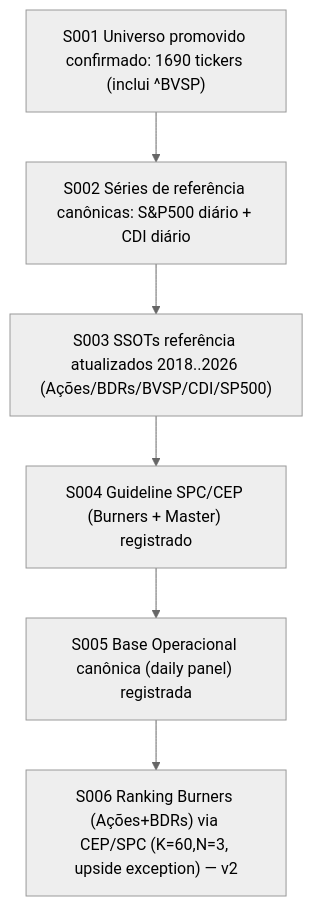
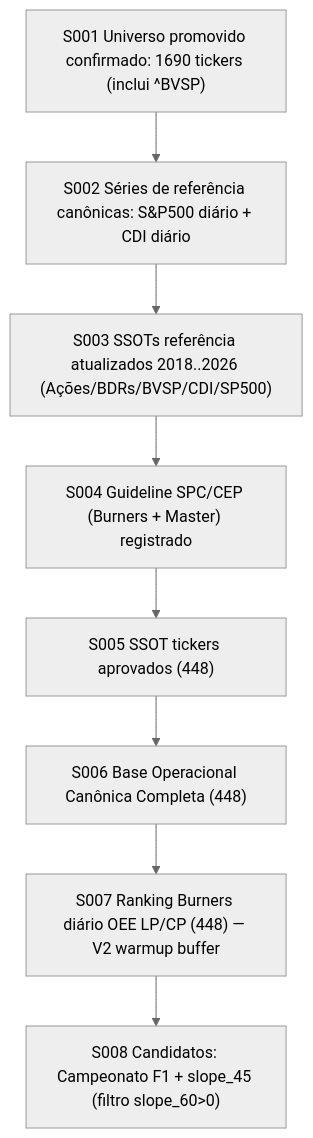
Before and after one commit to WRMELO/CEP_BUNDLE_CORE: the diagram in _tentativa2_reexecucao_completa_20260220/work/checklists/checklist_orientacoes_owner.md, drawn with Mermaid (neutral theme). The commit also changed other lines of this file and 22 other files, not shown here.

````diff
--- a/_tentativa2_reexecucao_completa_20260220/work/checklists/checklist_orientacoes_owner.md
+++ b/_tentativa2_reexecucao_completa_20260220/work/checklists/checklist_orientacoes_owner.md
@@ -8,10 +9,12 @@
 ```mermaid
 flowchart TB
   S001["S001 Universo promovido confirmado: 1690 tickers (inclui ^BVSP)"]
   S002["S002 Séries de referência canônicas: S&P500 diário + CDI diário"]
   S003["S003 SSOTs referência atualizados 2018..2026 (Ações/BDRs/BVSP/CDI/SP500)"]
   S004["S004 Guideline SPC/CEP (Burners + Master) registrado"]
-  S005["S005 Base Operacional canônica (daily panel) registrada"]
-  S006["S006 Ranking Burners (Ações+BDRs) via CEP/SPC (K=60,N=3, upside exception) — v2"]
-  S001 --> S002 --> S003 --> S004 --> S005 --> S006
+  S005["S005 SSOT tickers aprovados (448)"]
+  S006["S006 Base Operacional Canônica Completa (448)"]
+  S007["S007 Ranking Burners diário OEE LP/CP (448) — V2 warmup buffer"]
+  S008["S008 Candidatos: Campeonato F1 + slope_45 (filtro slope_60>0)"]
+  S001 --> S002 --> S003 --> S004 --> S005 --> S006 --> S007 --> S008
 ```
````
